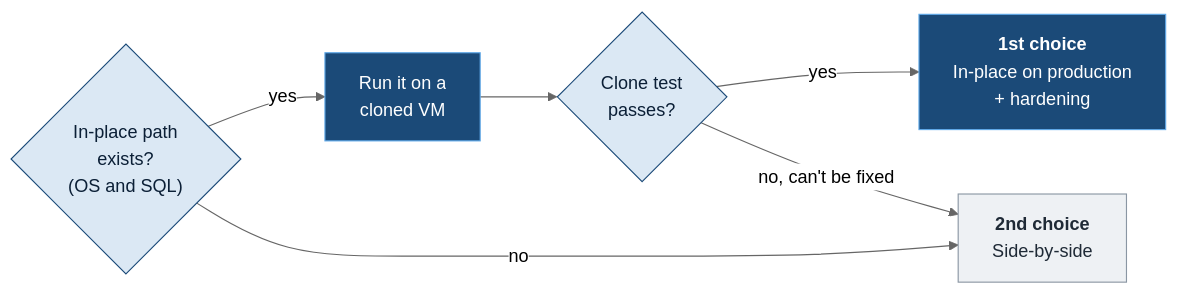
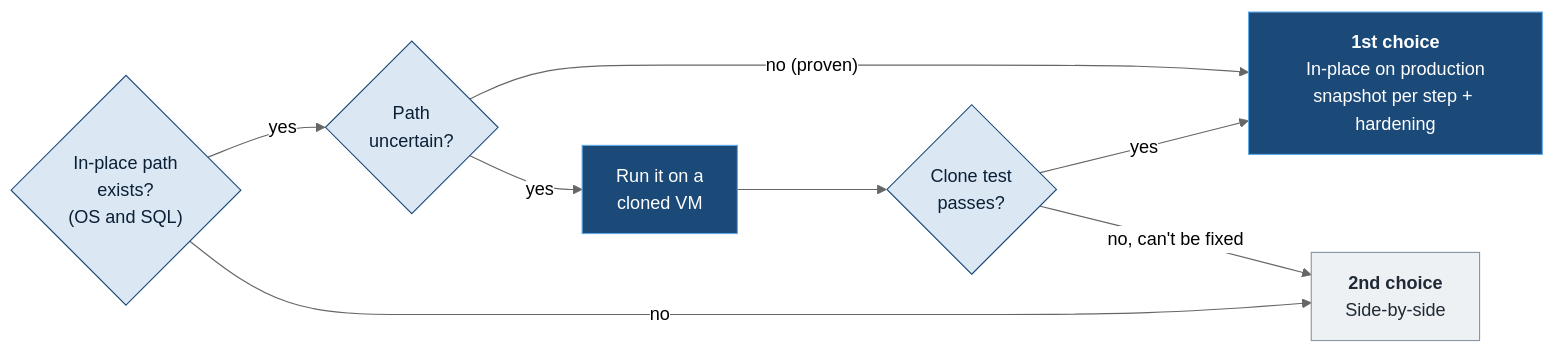
Before and after one commit to theoneakta/ansible: the ninth of 12 diagrams in migration-governance/README.md, drawn with Mermaid (neutral theme). The commit also changed other lines of this file and 4 other files, not shown here.

Commit message:
Migration governance: sysadmin owns the OS in-place upgrade, DBA owns everything after the OS hand-off; clone only uncertain paths

````diff
--- a/migration-governance/README.md
+++ b/migration-governance/README.md
@@ -915,14 +954,16 @@
 ```mermaid
 flowchart LR
-    A{"In-place path<br/>exists?<br/>(OS and SQL)"} -- "yes" --> B["Run it on a<br/>cloned VM"] --> C{"Clone test<br/>passes?"}
-    C -- "yes" --> D["<b>1st choice</b><br/>In-place on production<br/>+ hardening"]
+    A{"In-place path<br/>exists?<br/>(OS and SQL)"} -- "yes" --> U{"Path<br/>uncertain?"}
+    U -- "no (proven)" --> D["<b>1st choice</b><br/>In-place on production<br/>snapshot per step + hardening"]
+    U -- "yes" --> B["Run it on a<br/>cloned VM"] --> C{"Clone test<br/>passes?"}
+    C -- "yes" --> D
     C -- "no, can't be fixed" --> E["<b>2nd choice</b><br/>Side-by-side"]
     A -- "no" --> E
 
     classDef q fill:#dbe8f4,stroke:#1b4a78,color:#0b1f36
     classDef first fill:#1b4a78,stroke:#5fa8e8,color:#ffffff
     classDef second fill:#eef1f4,stroke:#8a96a3,color:#1f2a36
-    class A,C q
+    class A,U,C q
     class B,D first
     class E second
 ```
````
